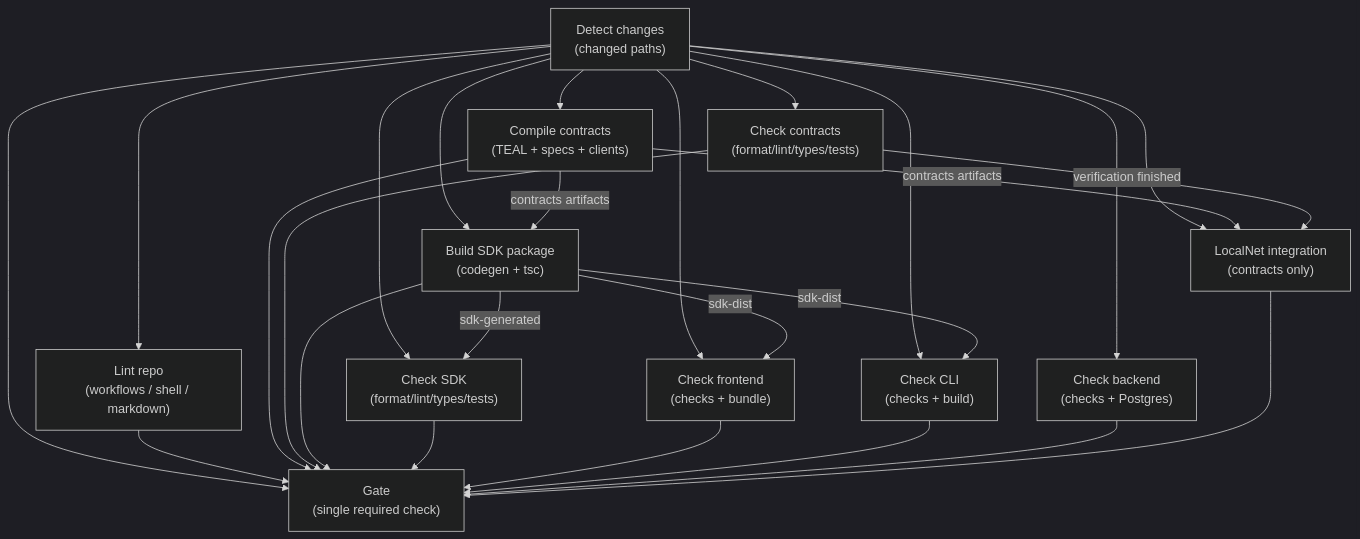
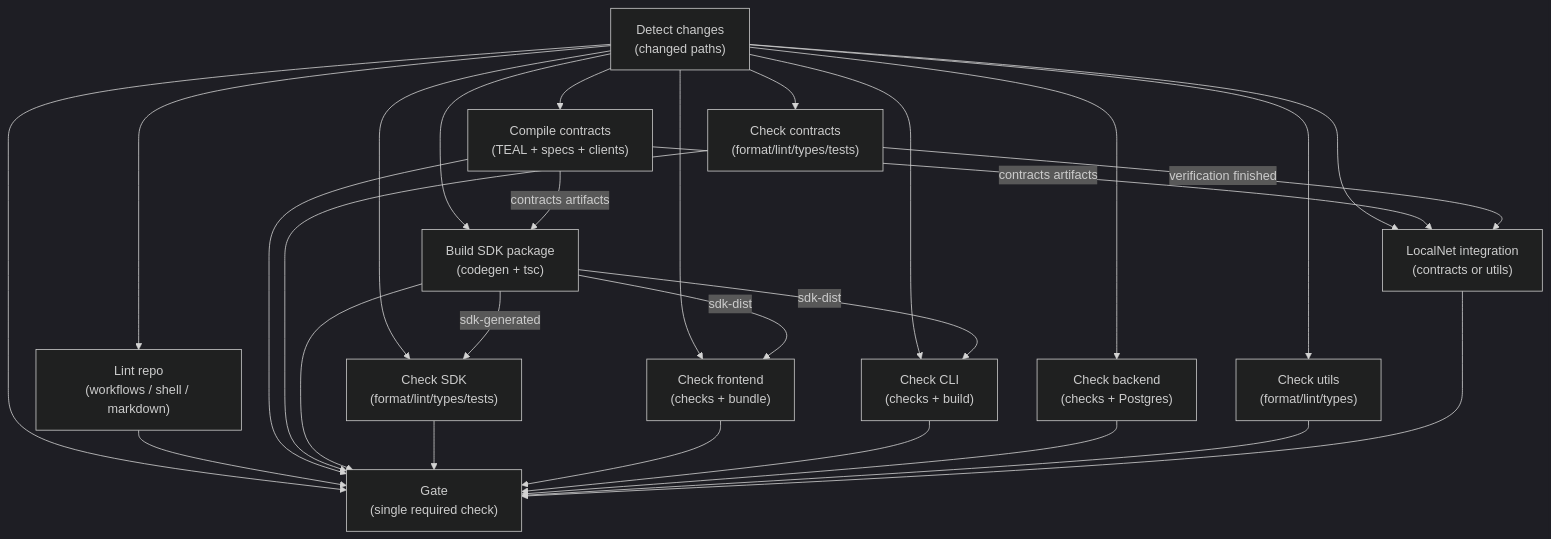
The diagram in docs/ci.md (kasakame/kasakame), drawn with Mermaid (dark theme) before and after one commit. The commit also changed other lines of this file and 60 other files, not shown here.

````diff
--- a/docs/ci.md
+++ b/docs/ci.md
@@ -88,40 +91,43 @@
 ```mermaid
 flowchart TD
     changes["Detect changes<br/>(changed paths)"]
     repo["Lint repo<br/>(workflows / shell / markdown)"]
     buildc["Compile contracts<br/>(TEAL + specs + clients)"]
     contracts["Check contracts<br/>(format/lint/types/tests)"]
     buildsdk["Build SDK package<br/>(codegen + tsc)"]
     sdk["Check SDK<br/>(format/lint/types/tests)"]
     frontend["Check frontend<br/>(checks + bundle)"]
     cli["Check CLI<br/>(checks + build)"]
     backend["Check backend<br/>(checks + Postgres)"]
-    integration["LocalNet integration<br/>(contracts only)"]
+    utils["Check utils<br/>(format/lint/types)"]
+    integration["LocalNet integration<br/>(contracts or utils)"]
     gate["Gate<br/>(single required check)"]
 
     changes --> repo
     changes --> buildc
     changes --> contracts
     changes --> buildsdk
     changes --> sdk
     changes --> frontend
     changes --> cli
     changes --> backend
+    changes --> utils
     changes --> integration
     changes --> gate
     buildc -->|"contracts artifacts"| buildsdk
     buildc -->|"contracts artifacts"| integration
     contracts -->|"verification finished"| integration
     buildsdk -->|"sdk-generated"| sdk
     buildsdk -->|"sdk-dist"| frontend
     buildsdk -->|"sdk-dist"| cli
     repo --> gate
     buildc --> gate
     contracts --> gate
     buildsdk --> gate
     sdk --> gate
     frontend --> gate
     cli --> gate
     backend --> gate
+    utils --> gate
     integration --> gate
 ```
````
